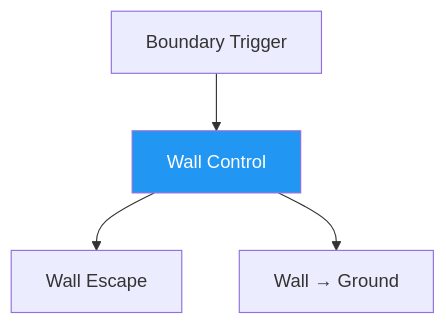
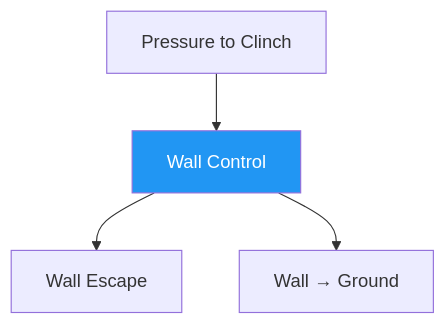
One commit to ACalienes/Ecological-MMA-Game-System changed the diagram in docs/games/wall-control.md. Above: the diagram before and after it, drawn with Mermaid. The commit also changed other lines of this file and 62 other files, not shown here.

````diff
--- a/docs/games/wall-control.md
+++ b/docs/games/wall-control.md
@@ -160,8 +299,8 @@
 ```mermaid
 flowchart TD
-    A[Boundary Trigger] --> B[Wall Control]
+    A[Pressure to Clinch] --> B[Wall Control]
     B --> C[Wall Escape]
     B --> D[Wall → Ground]
 
     style B fill:#2196F3,color:#fff
 ```
````
